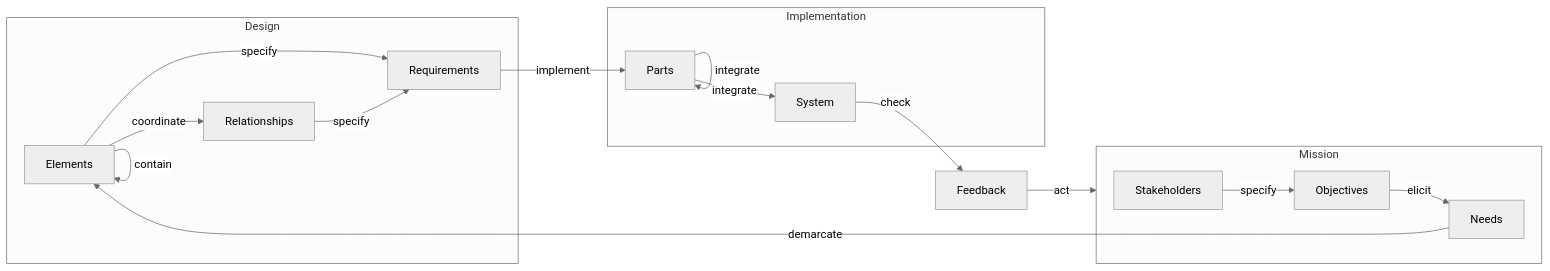
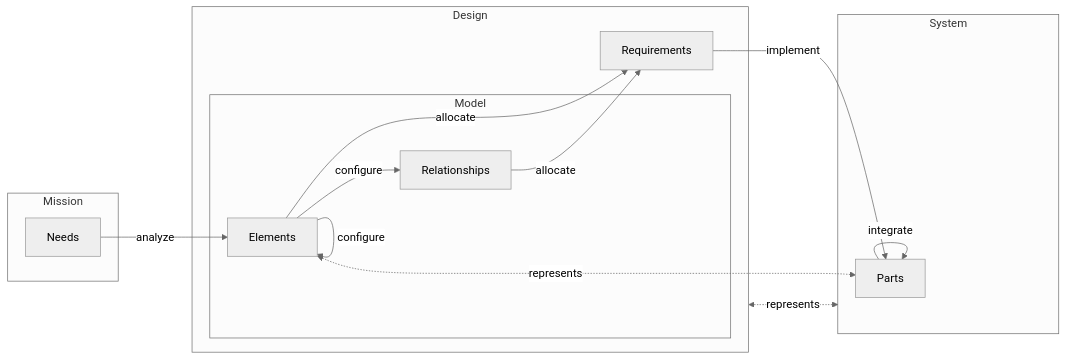
Before and after one commit to firstprinciplesthinking/paper_development_lifecycle: the tenth of 14 diagrams in README.md, drawn with Mermaid (neutral theme). The commit also changed other lines of this file, not shown here.

Commit message:
Separated system thinking and system design.

````diff
--- a/README.md
+++ b/README.md
@@ -277,39 +323,31 @@
 ```mermaid
    flowchart LR
       subgraph Design
-         Elements
-         Relationships
+         subgraph Model
+            Elements
+            Relationships
+         end
          Requirements
       end
 
-      subgraph Implementation
-         System["System"]
+      subgraph System
          Parts["Parts"]
       end
 
-      Feedback
-
       subgraph Mission
-         Stakeholders
-         Objectives
          Needs
       end
 
-      System--"check"-->Feedback
-      Feedback--"act"-->Mission
+      Parts--"integrate"-->Parts
 
-      Parts--"integrate"-->System
-      Parts--"integrate"-->Parts
-      System~~~Parts
-
-      Stakeholders--"specify"-->Objectives
-      Objectives--"elicit"-->Needs
-
-      Elements--"specify"-->Requirements
-      Relationships--"specify"-->Requirements
+      Elements--"allocate"-->Requirements
+      Relationships--"allocate"-->Requirements
       Requirements--"implement"-->Parts
 
-      Needs--"demarcate"-->Elements
-      Elements--"coordinate"-->Relationships
-      Elements--"contain"-->Elements
+      Needs--"analyze"-->Elements
+      Elements--"configure"-->Relationships
+      Elements--"configure"-->Elements
+
+      Elements<-."represents".->Parts
+      Design<-."represents".->System
 ```
````
